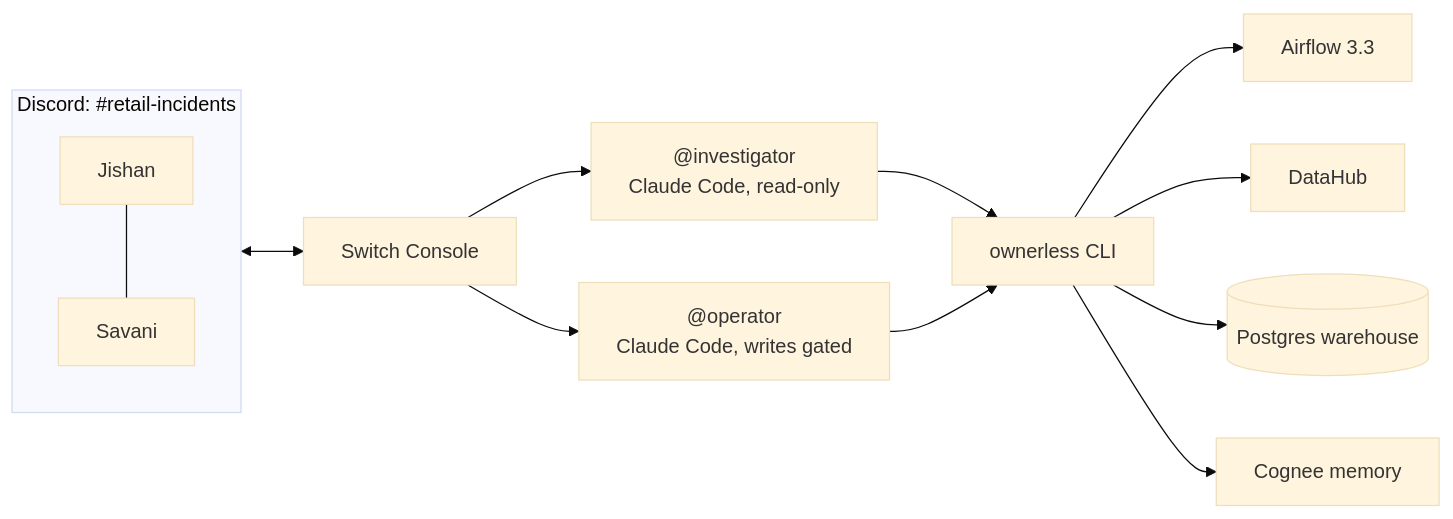
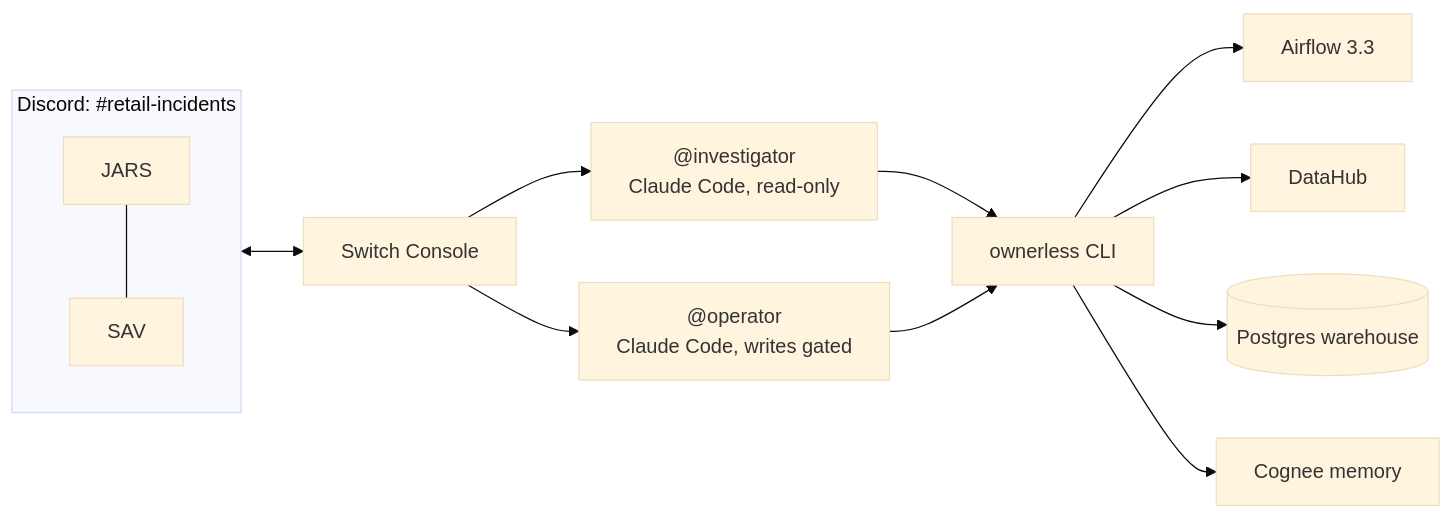
The diagram in README.md (savani-codes/ownerless), drawn with Mermaid (base theme) before and after one commit. The commit also changed other lines of this file and 6 other files, not shown here.

First line of the commit message:
docs: Use the JARS and SAV handles instead of real names

````diff
--- a/README.md
+++ b/README.md
@@ -54,15 +54,15 @@
 ```mermaid
 flowchart LR
   subgraph Discord["Discord: #retail-incidents"]
-    J[Jishan] --- S[Savani]
+    J[JARS] --- S[SAV]
   end
   Discord <--> SW[Switch Console]
   SW --> I["@investigator<br/>Claude Code, read-only"]
   SW --> O["@operator<br/>Claude Code, writes gated"]
   I --> CLI[ownerless CLI]
   O --> CLI
   CLI --> AF[Airflow 3.3]
   CLI --> DH[DataHub]
   CLI --> PG[(Postgres warehouse)]
   CLI --> CG[Cognee memory]
 ```
````
